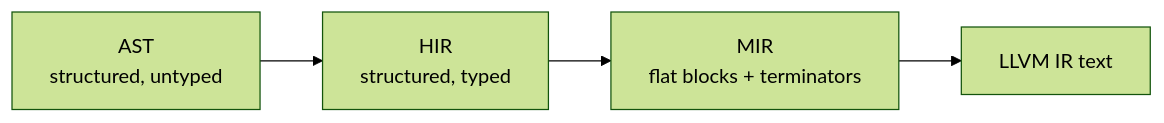
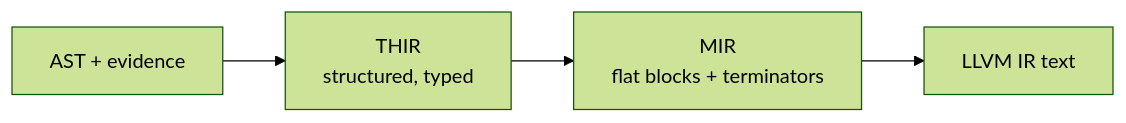
The eighth of 8 diagrams in Code-tour.md (PeeperLanguage/compiler), drawn with Mermaid (forest theme) before and after one commit. The commit also changed other lines of this file and 54 other files, not shown here.

Commit message:
Complete direct THIR to MIR migration

````diff
--- a/Code-tour.md
+++ b/Code-tour.md
@@ -487,6 +485,6 @@
 ```mermaid
 flowchart LR
-    A["AST<br/>structured, untyped"] --> H["HIR<br/>structured, typed"]
-    H --> M["MIR<br/>flat blocks + terminators"]
+    A["AST + evidence"] --> T["THIR<br/>structured, typed"]
+    T --> M["MIR<br/>flat blocks + terminators"]
     M --> L["LLVM IR text"]
 ```
````
